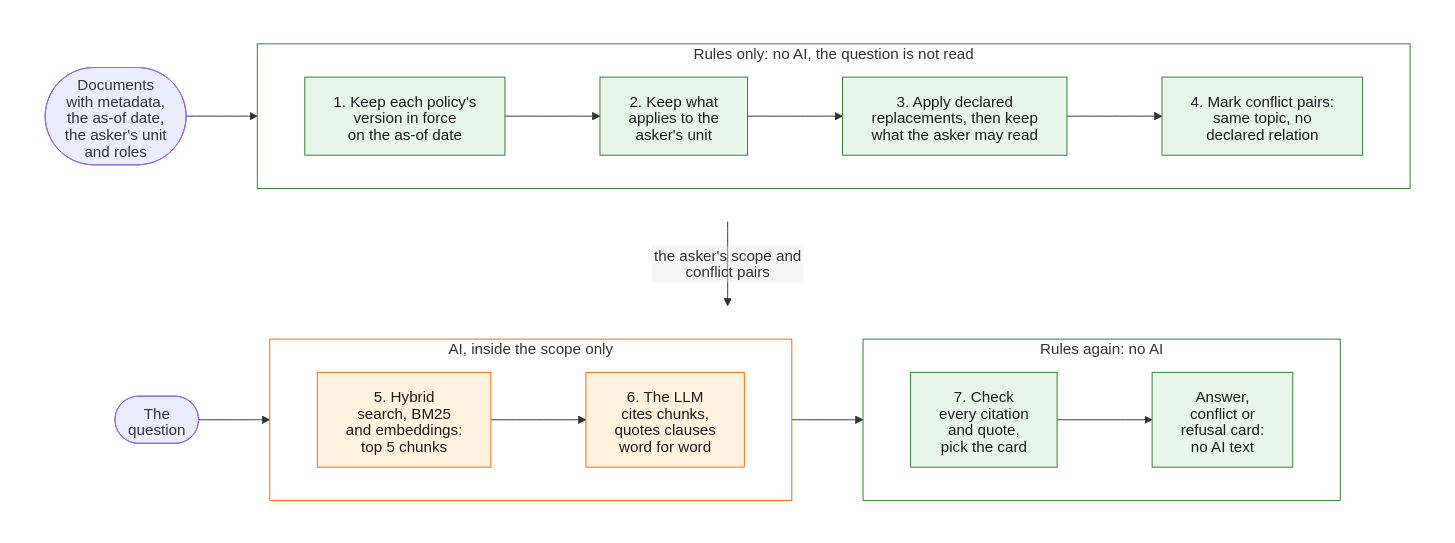
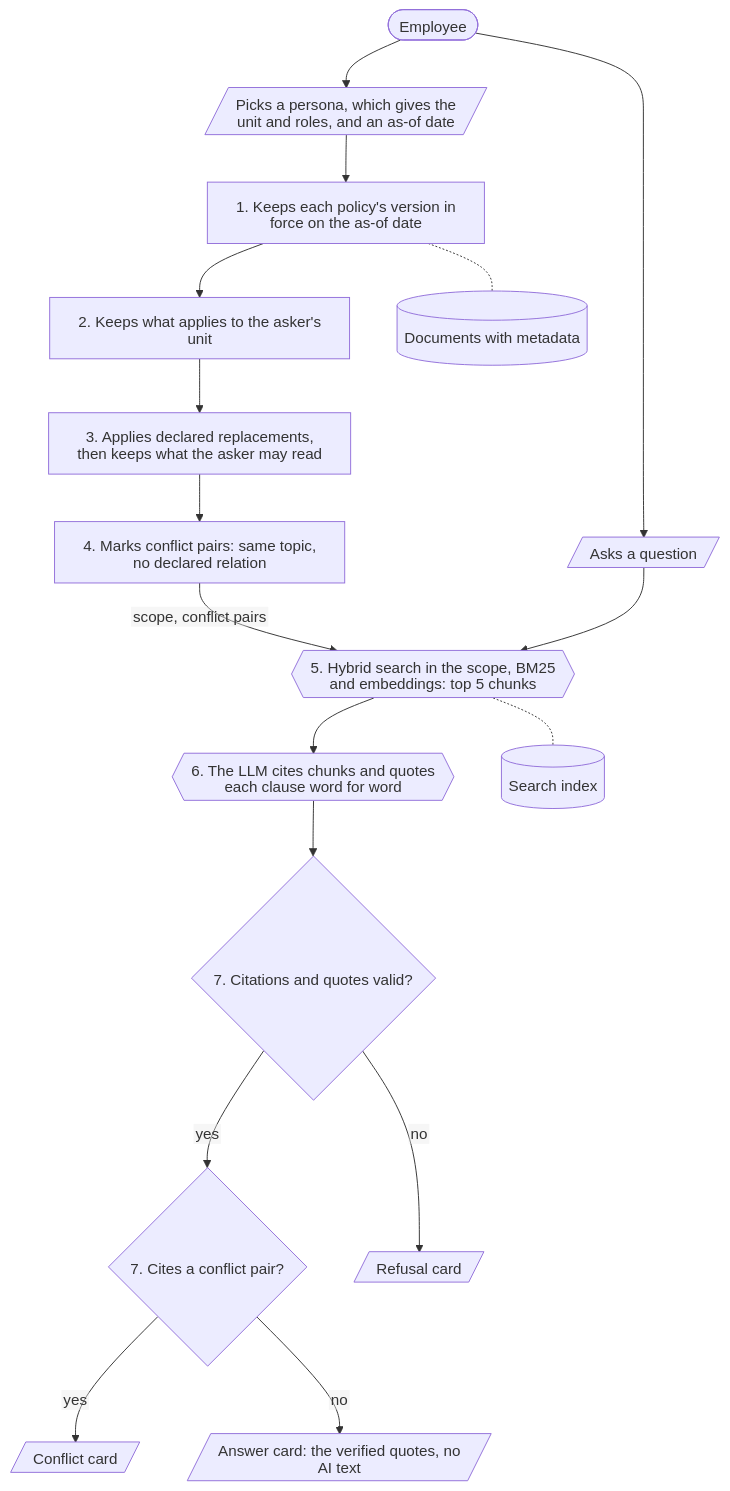
One commit to Park-Hip/next-gen-2026 changed the first of 2 diagrams in docs/architecture.md. Above: the diagram before and after it, drawn with Mermaid.

Commit message:
Architecture: draw the 7 steps flowchart in the system design style

````diff
--- a/docs/architecture.md
+++ b/docs/architecture.md
@@ -19,53 +21,36 @@
 ```mermaid
 ---
 config:
   htmlLabels: false
   flowchart:
     htmlLabels: false
-    wrappingWidth: 400
+    wrappingWidth: 260
 ---
-flowchart TB
-    subgraph before[" "]
-        direction LR
-        inputs(["Documents<br/>with metadata,<br/>the as-of date,<br/>the asker's unit<br/>and roles"])
-        subgraph rules1["Rules only: no AI, the question is not read"]
-            direction LR
-            s1["1. Keep each policy's<br/>version in force<br/>on the as-of date"]
-            s2["2. Keep what<br/>applies to the<br/>asker's unit"]
-            s3["3. Apply declared<br/>replacements, then keep<br/>what the asker may read"]
-            s4["4. Mark conflict pairs:<br/>same topic, no<br/>declared relation"]
-            s1 --> s2 --> s3 --> s4
-        end
-        inputs --> rules1
-    end
+flowchart TD
+    employee([Employee])
+    context[/"Picks a persona, which gives the unit and roles, and an as-of date"/]
+    question[/"Asks a question"/]
+    s1["1. Keeps each policy's version in force on the as-of date"]
+    s2["2. Keeps what applies to the asker's unit"]
+    s3["3. Applies declared replacements, then keeps what the asker may read"]
+    s4["4. Marks conflict pairs: same topic, no declared relation"]
+    s5{{"5. Hybrid search in the scope, BM25 and embeddings: top 5 chunks"}}
+    s6{{"6. The LLM cites chunks and quotes each clause word for word"}}
+    valid{"7. Citations and quotes valid?"}
+    conflict{"7. Cites a conflict pair?"}
+    refusal[/"Refusal card"/]
+    conflictcard[/"Conflict card"/]
+    answercard[/"Answer card: the verified quotes, no AI text"/]
+    documents[("Documents with metadata")]
+    index[("Search index")]
 
-    subgraph after[" "]
-        direction LR
-        question(["The<br/>question"])
-        subgraph ai["AI, inside the scope only"]
-            direction LR
-            s5["5. Hybrid<br/>search, BM25<br/>and embeddings:<br/>top 5 chunks"]
-            s6["6. The LLM<br/>cites chunks,<br/>quotes clauses<br/>word for word"]
-            s5 --> s6
-        end
-        subgraph rules2["Rules again: no AI"]
-            direction LR
-            s7["7. Check<br/>every citation<br/>and quote,<br/>pick the card"]
-            cards["Answer,<br/>conflict or<br/>refusal card:<br/>no AI text"]
-            s7 --> cards
-        end
-        question --> ai --> rules2
-    end
-
-    before -- "the asker's scope and conflict pairs" --> after
-
-    classDef rule fill:#e8f5e9,stroke:#2e7d32,color:#1b1b1b
-    classDef llm fill:#fff3e0,stroke:#ef6c00,color:#1b1b1b
-    class s1,s2,s3,s4,s7,cards rule
-    class s5,s6 llm
-    style rules1 fill:transparent,stroke:#2e7d32
-    style rules2 fill:transparent,stroke:#2e7d32
-    style ai fill:transparent,stroke:#ef6c00
-    style before fill:transparent,stroke:transparent
-    style after fill:transparent,stroke:transparent
+    employee --> context --> s1 --> s2 --> s3 --> s4 -- scope, conflict pairs --> s5
+    employee --> question --> s5
+    s5 --> s6 --> valid
+    valid -- no --> refusal
+    valid -- yes --> conflict
+    conflict -- yes --> conflictcard
+    conflict -- no --> answercard
+    s1 -.- documents
+    s5 -.- index
 ```
````
